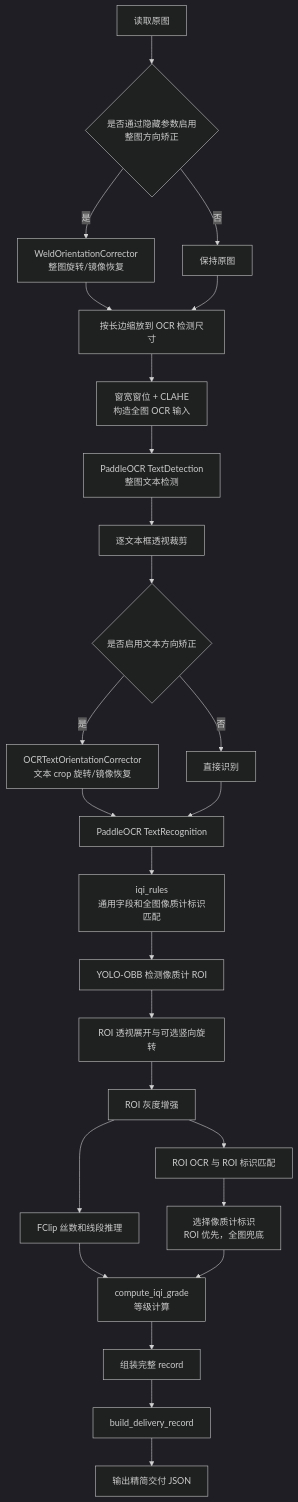
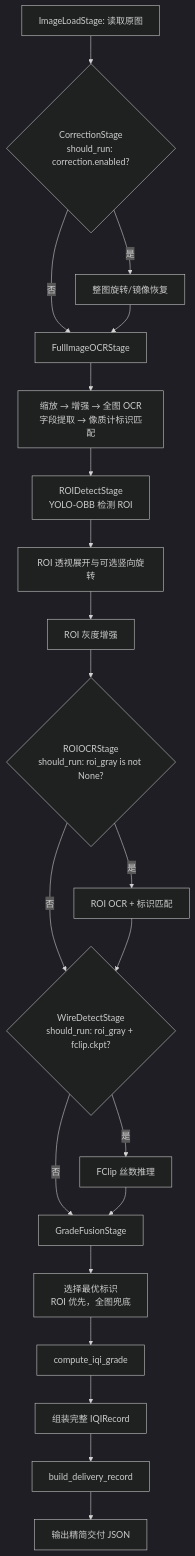
The second of 2 diagrams in ARCHITECTURE.md (chenhaitao405/IQIdet), drawn with Mermaid (dark theme) before and after one commit. The commit also changed other lines of this file, not shown here.

Commit message:
docs: update ARCHITECTURE.md for refactored pipeline, add new coding rules

````diff
--- a/ARCHITECTURE.md
+++ b/ARCHITECTURE.md
@@ -121,28 +170,23 @@
 ```mermaid
 flowchart TD
-    A[读取原图] --> B{是否通过隐藏参数启用<br/>整图方向矫正}
-    B -- 是 --> C[WeldOrientationCorrector<br/>整图旋转/镜像恢复]
-    B -- 否 --> D[保持原图]
-    C --> E[按长边缩放到 OCR 检测尺寸]
-    D --> E
-    E --> F[窗宽窗位 + CLAHE<br/>构造全图 OCR 输入]
-    F --> G[PaddleOCR TextDetection<br/>整图文本检测]
-    G --> H[逐文本框透视裁剪]
-    H --> I{是否启用文本方向矫正}
-    I -- 是 --> J[OCRTextOrientationCorrector<br/>文本 crop 旋转/镜像恢复]
-    I -- 否 --> K[直接识别]
-    J --> L[PaddleOCR TextRecognition]
-    K --> L
-    L --> M[iqi_rules<br/>通用字段和全图像质计标识匹配]
-    M --> N[YOLO-OBB 检测像质计 ROI]
-    N --> O[ROI 透视展开与可选竖向旋转]
-    O --> P[ROI 灰度增强]
-    P --> Q[ROI OCR 与 ROI 标识匹配]
-    P --> R[FClip 丝数和线段推理]
-    Q --> S[选择像质计标识<br/>ROI 优先，全图兜底]
-    R --> T[compute_iqi_grade<br/>等级计算]
-    S --> T
-    T --> U[组装完整 record]
-    U --> V[build_delivery_record]
-    V --> W[输出精简交付 JSON]
+    A[ImageLoadStage: 读取原图] --> B{CorrectionStage<br/>should_run: correction.enabled?}
+    B -- 是 --> C[整图旋转/镜像恢复]
+    B -- 否 --> D[FullImageOCRStage]
+    C --> D
+    D --> E[缩放 → 增强 → 全图 OCR<br/>字段提取 → 像质计标识匹配]
+    E --> F[ROIDetectStage<br/>YOLO-OBB 检测 ROI]
+    F --> G[ROI 透视展开与可选竖向旋转]
+    G --> H[ROI 灰度增强]
+    H --> I{ROIOCRStage<br/>should_run: roi_gray is not None?}
+    I -- 是 --> J[ROI OCR + 标识匹配]
+    I -- 否 --> K{WireDetectStage<br/>should_run: roi_gray + fclip.ckpt?}
+    J --> K
+    K -- 是 --> L[FClip 丝数推理]
+    K -- 否 --> M[GradeFusionStage]
+    L --> M
+    M --> N[选择最优标识<br/>ROI 优先，全图兜底]
+    N --> O[compute_iqi_grade]
+    O --> P[组装完整 IQIRecord]
+    P --> Q[build_delivery_record]
+    Q --> R[输出精简交付 JSON]
 ```
````
